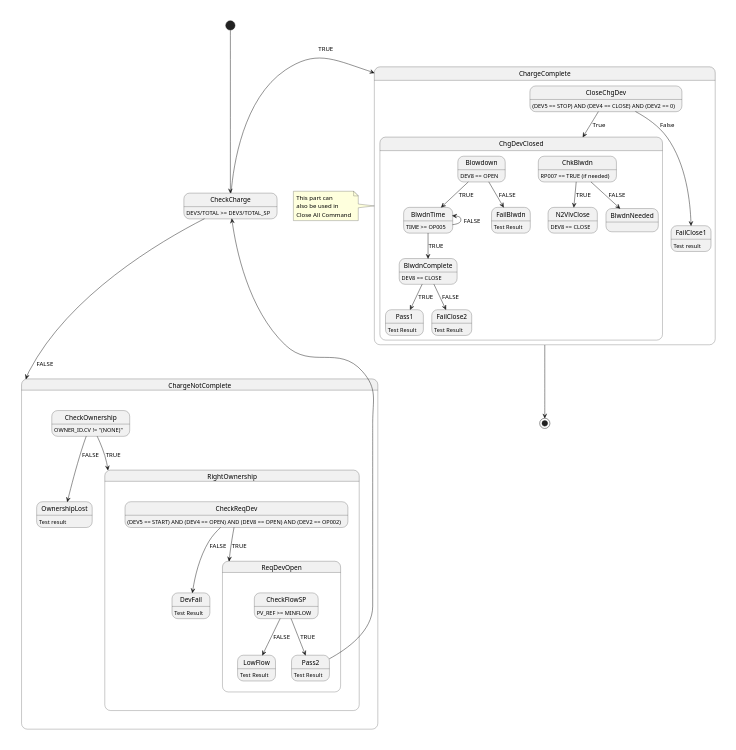
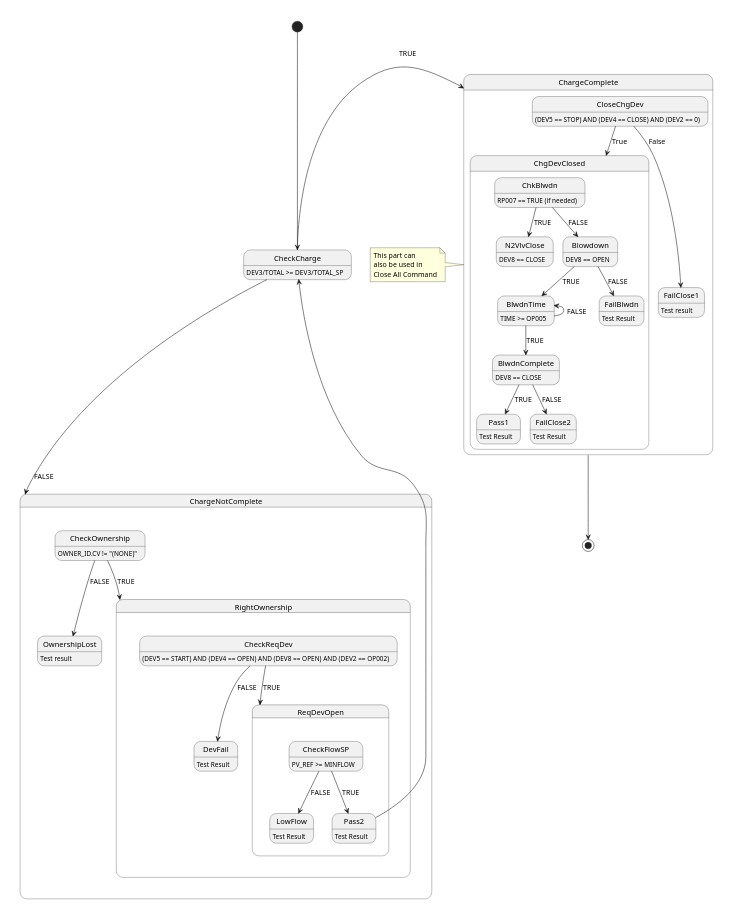
One commit to mekcrab/Solvay_test changed the diagram in TESTSPEC_VPENG/Charge_EM_TestPlan.puml. Above: the diagram before and after it, drawn with PlantUML.

Commit message:
blowdown part is not finished

```diff
--- a/TESTSPEC_VPENG/Charge_EM_TestPlan.puml
+++ b/TESTSPEC_VPENG/Charge_EM_TestPlan.puml
@@ -1,86 +1,86 @@
 @startuml
 scale 350 width
 
 [*] --> CheckCharge
 CheckCharge: DEV3/TOTAL >= DEV3/TOTAL_SP
 
 CheckCharge -right-> ChargeComplete : TRUE
 
   state ChargeComplete {
 
     CloseChgDev: (DEV5 == STOP) AND (DEV4 == CLOSE) AND (DEV2 == 0)
     CloseChgDev --> ChgDevClosed: True
 
       state ChgDevClosed {
 
         ChkBlwdn: RP007 == TRUE (if needed)
         ChkBlwdn --> N2VlvClose: TRUE
         N2VlvClose: DEV8 == CLOSE
 
-        ChkBlwdn --> BlwdnNeeded: FALSE
-
+        ChkBlwdn --> Blowdown: FALSE
 
 
             Blowdown: DEV8 == OPEN
             Blowdown --> BlwdnTime: TRUE
 
               BlwdnTime: TIME >= OP005
               BlwdnTime --> BlwdnComplete: TRUE
                 BlwdnComplete: DEV8 == CLOSE
                 BlwdnComplete --> Pass1: TRUE
                   Pass1: Test Result
 
                 BlwdnComplete --> FailClose2: FALSE
                   FailClose2: Test Result
 
-
               BlwdnTime -up-> BlwdnTime: FALSE
 
           Blowdown --> FailBlwdn: FALSE
             FailBlwdn: Test Result
 
+
       }
+
 
     CloseChgDev --> FailClose1 : False
       FailClose1: Test result
   }
 
   note left of ChargeComplete
     This part can
     also be used in
     Close All Command
   end note
 
 CheckCharge --> ChargeNotComplete: FALSE
 
 
   state ChargeNotComplete {
 
     CheckOwnership: OWNER_ID.CV != "(NONE)"
     CheckOwnership --> OwnershipLost: FALSE
     OwnershipLost: Test result
 
     CheckOwnership --> RightOwnership: TRUE
 
     state RightOwnership {
     CheckReqDev : (DEV5 == START) AND (DEV4 == OPEN) AND (DEV8 == OPEN) AND (DEV2 == OP002)
     CheckReqDev --> DevFail: FALSE
       DevFail: Test Result
     CheckReqDev --> ReqDevOpen : TRUE
 
       state ReqDevOpen {
       CheckFlowSP: PV_REF >= MINFLOW
       CheckFlowSP --> Pass2: TRUE
         Pass2: Test Result
       CheckFlowSP --> LowFlow: FALSE
         LowFlow: Test Result
       }
 
     }
 
   }
 
 ChargeComplete --> [*]
 Pass2 -up-> CheckCharge
 
 @enduml
```
